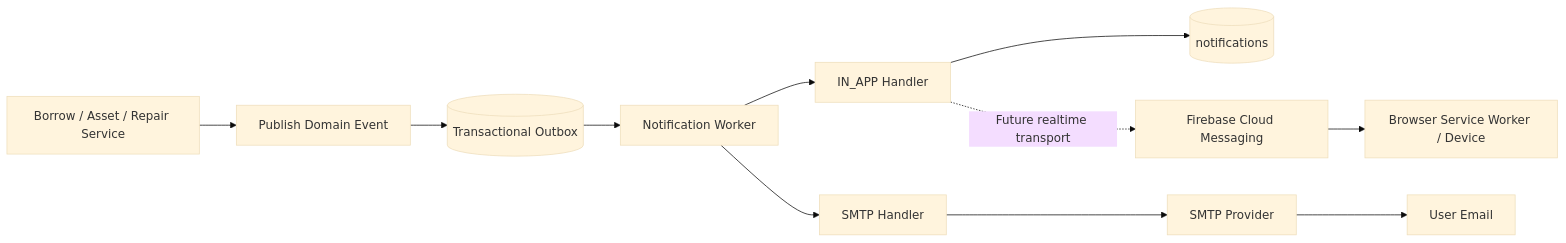
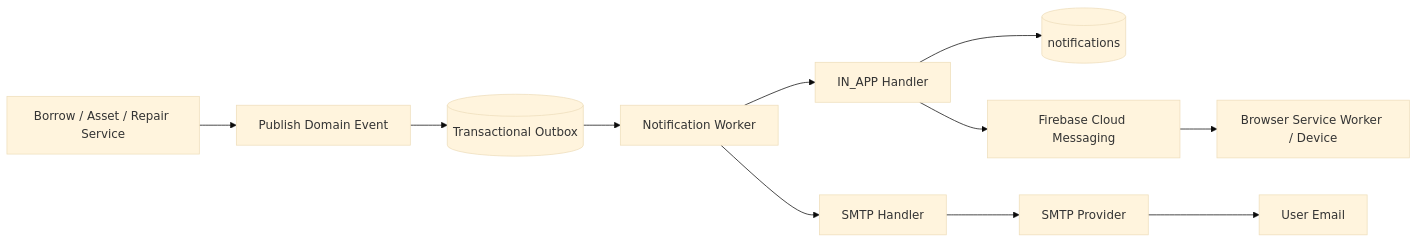
The diagram in docs/modules/notifications/spec.md (Tuyen-ares/training_SE), drawn with Mermaid (base theme) before and after one commit. The commit also changed other lines of this file and 38 other files, not shown here.

````diff
--- a/docs/modules/notifications/spec.md
+++ b/docs/modules/notifications/spec.md
@@ -58,13 +59,13 @@
 ```mermaid
 flowchart LR
   A[Borrow / Asset / Repair Service] --> B[Publish Domain Event]
   B --> C[(Transactional Outbox)]
   C --> D[Notification Worker]
   D --> E[IN_APP Handler]
   D --> G[SMTP Handler]
   E --> H[(notifications)]
-  E -. Future realtime transport .-> I[Firebase Cloud Messaging]
+  E --> I[Firebase Cloud Messaging]
   G --> J[SMTP Provider]
   I --> K[Browser Service Worker / Device]
   J --> L[User Email]
 ```
````
